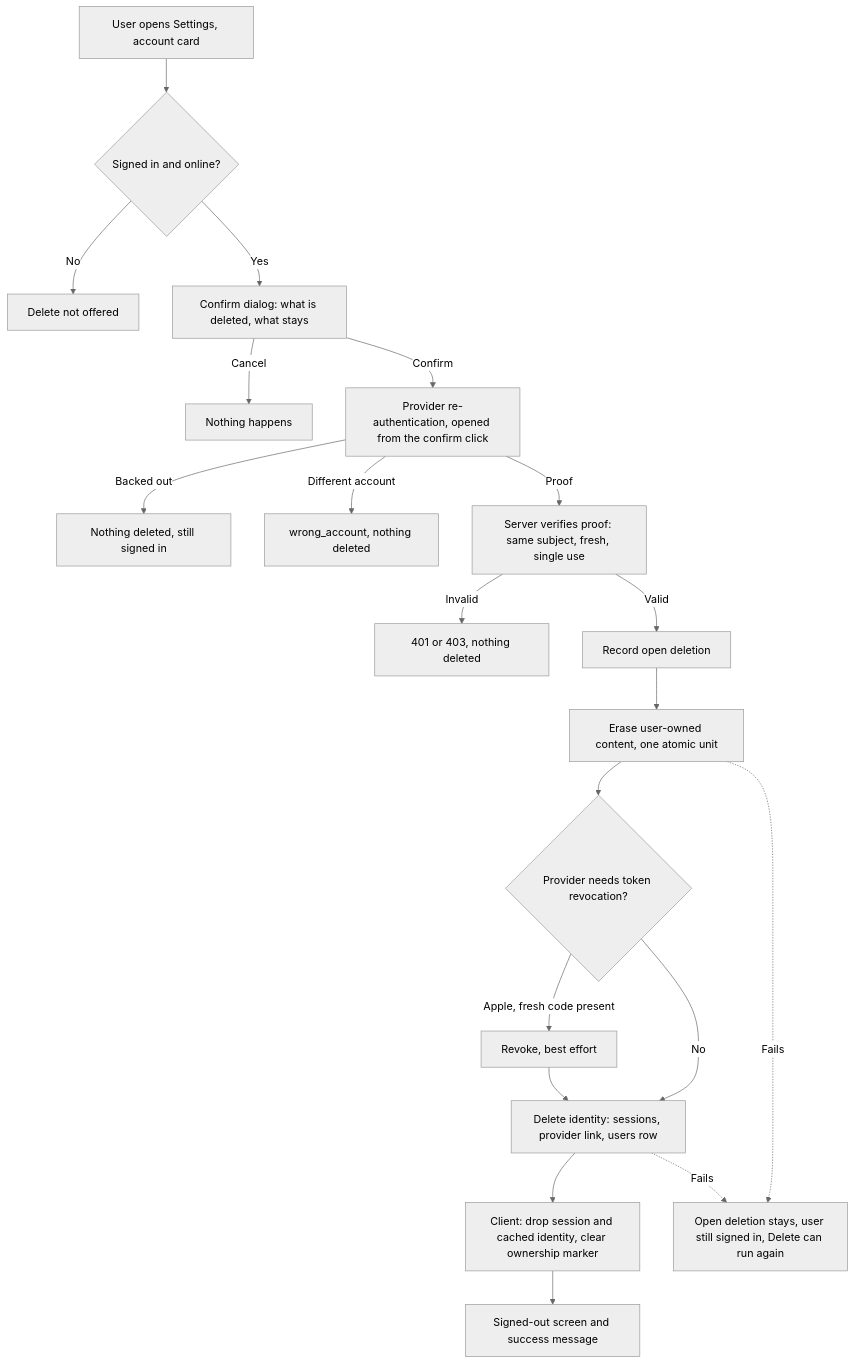
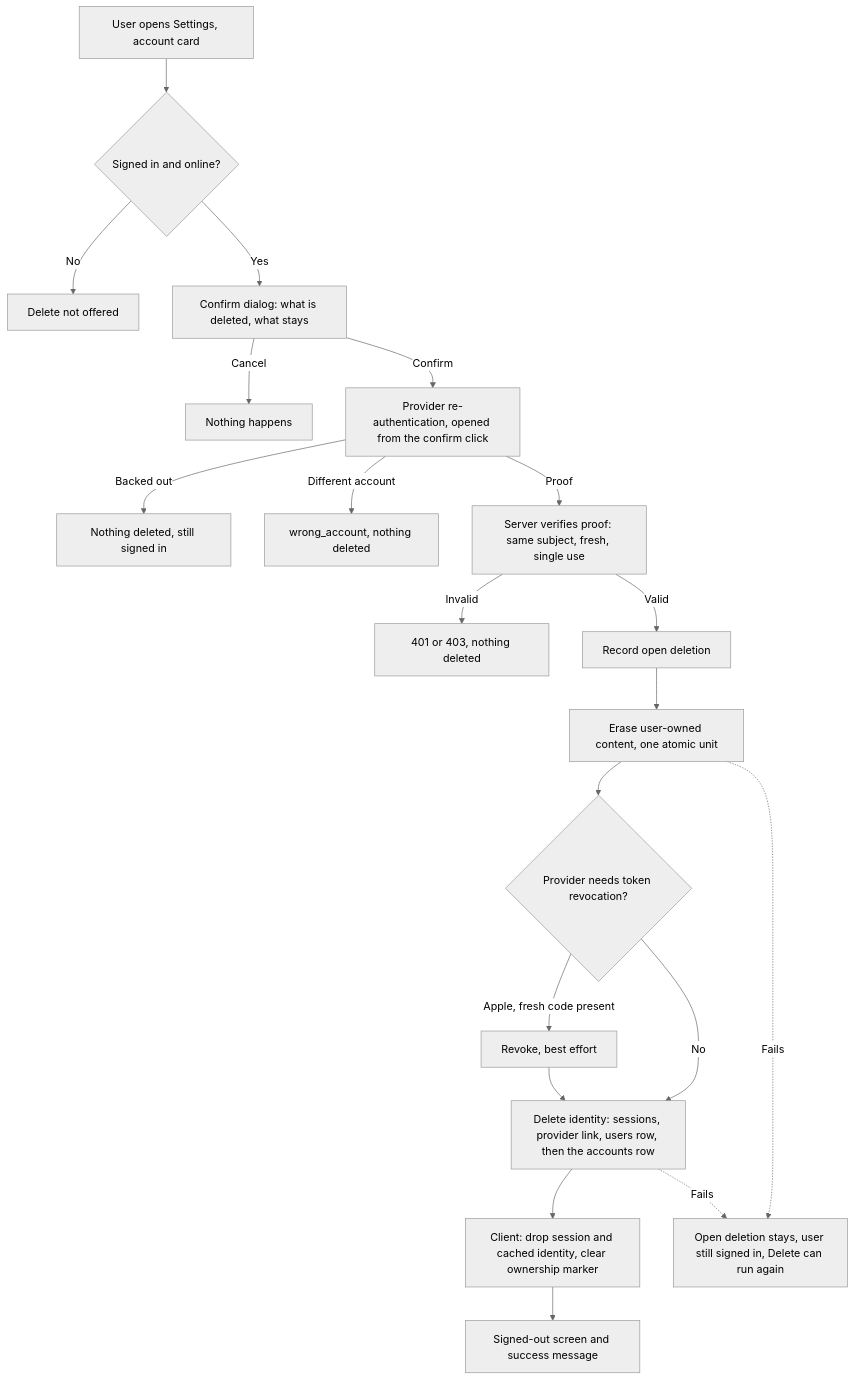
The second of 5 diagrams in blocks/compliance/account-deletion/README.md (nguyenvanduocit/primitive-blocks-specs), drawn with Mermaid (neutral theme) before and after one commit. The commit also changed other lines of this file and 176 other files, not shown here.

````diff
--- a/blocks/compliance/account-deletion/README.md
+++ b/blocks/compliance/account-deletion/README.md
@@ -179,22 +186,22 @@
 ```mermaid
 flowchart TD
     A["User opens Settings, account card"] --> B{"Signed in and online?"}
     B -->|No| B1["Delete not offered"]
     B -->|Yes| C["Confirm dialog: what is deleted, what stays"]
     C -->|Cancel| C1["Nothing happens"]
     C -->|Confirm| D["Provider re-authentication, opened from the confirm click"]
     D -->|Backed out| D1["Nothing deleted, still signed in"]
     D -->|Different account| D2["wrong_account, nothing deleted"]
     D -->|Proof| E["Server verifies proof: same subject, fresh, single use"]
     E -->|Invalid| E1["401 or 403, nothing deleted"]
     E -->|Valid| F["Record open deletion"]
     F --> G["Erase user-owned content, one atomic unit"]
     G --> H{"Provider needs token revocation?"}
     H -->|Apple, fresh code present| I["Revoke, best effort"]
     H -->|No| J
-    I --> J["Delete identity: sessions, provider link, users row"]
+    I --> J["Delete identity: sessions, provider link, users row, then the accounts row"]
     J --> K["Client: drop session and cached identity, clear ownership marker"]
     K --> L["Signed-out screen and success message"]
     G -.->|Fails| M["Open deletion stays, user still signed in, Delete can run again"]
     J -.->|Fails| M
 ```
````
